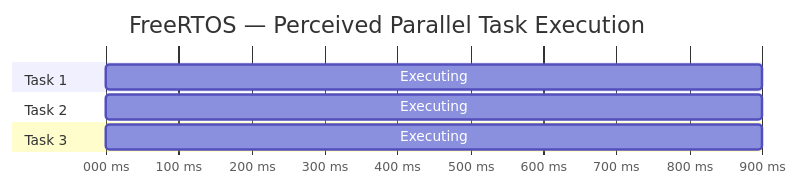
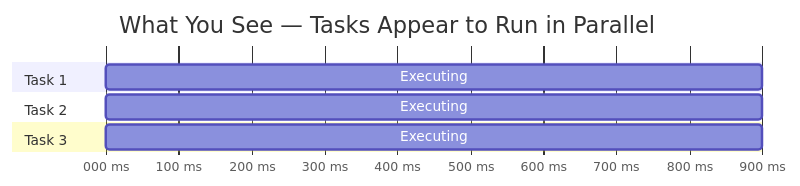
One commit to Edwinrj/lab-wpi-ece3849 changed the first of 4 diagrams in src/content/docs/guides/FreeRTOS/freertos.mdx. Above: the diagram before and after it, drawn with Mermaid. The commit also changed other lines of this file and 13 other files, not shown here.

````diff
--- a/src/content/docs/guides/FreeRTOS/freertos.mdx
+++ b/src/content/docs/guides/FreeRTOS/freertos.mdx
@@ -42,32 +58,23 @@
 ```mermaid
 ---
-
 displayMode: compact
 config:
-    themeCSS: "
-        #t1a, #t1b { fill: #e74c3c; }      /* Red */
-        #t2a, #t2b { fill: #3498db; }      /* Blue */
-        #t3a, #t3b { fill: #2ecc71; }      /* Green */
-        .sectionTitle { font-size: 12px; }
-        .titleText { font-size: 14px; font-weight: bold; }
-    "
     gantt:
         useWidth: 600
         rightPadding: 0
         topAxis: false
 ---
 gantt
-    title FreeRTOS — Perceived Parallel Task Execution
+    title What You See — Tasks Appear to Run in Parallel
     dateFormat  mm:ss:SSS
     axisFormat  %L ms
     tickInterval 100millisecond
     excludes none
 
-    section Task 1 
+    section Task 1
     Executing :t1a, 00:00:000, 00:00:900
-    section Task 2 
+    section Task 2
     Executing :t2a, 00:00:000, 00:00:900
-    section Task 3 
+    section Task 3
     Executing :t3a, 00:00:000, 00:00:900
-
 ```
````
